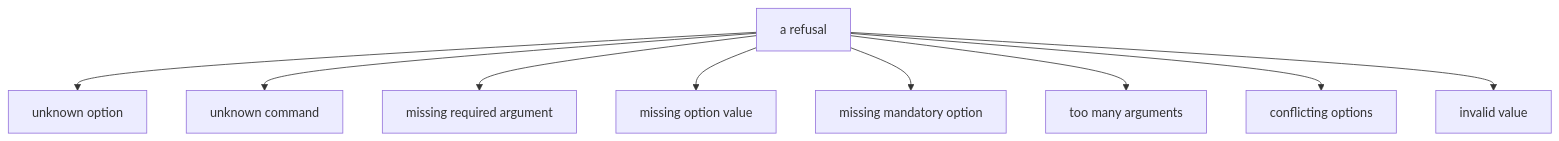
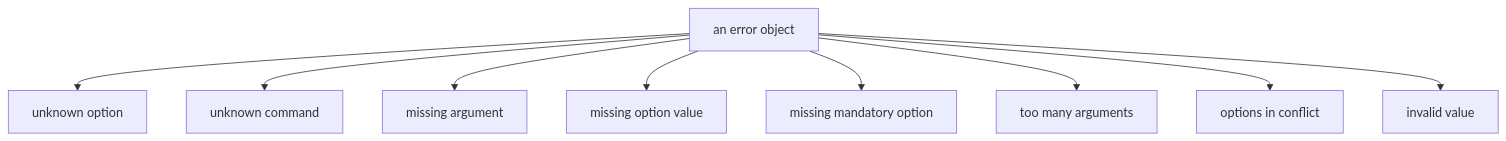
Before and after one commit to KeunwooPark/cluedoc: the second of 4 diagrams in docs/examples/commander/.cluedoc/error-handling/README.md, drawn with Mermaid. The commit also changed other lines of this file and 22 other files, not shown here.

````diff
--- a/docs/examples/commander/.cluedoc/error-handling/README.md
+++ b/docs/examples/commander/.cluedoc/error-handling/README.md
@@ -42,11 +44,11 @@
 ```mermaid
 flowchart TD
-    F["a refusal"] --> A["unknown option"]
+    F["an error object"] --> A["unknown option"]
     F --> B["unknown command"]
-    F --> C["missing required argument"]
+    F --> C["missing argument"]
     F --> D["missing option value"]
     F --> E["missing mandatory option"]
     F --> G["too many arguments"]
-    F --> H["conflicting options"]
+    F --> H["options in conflict"]
     F --> I["invalid value"]
 ```
````
